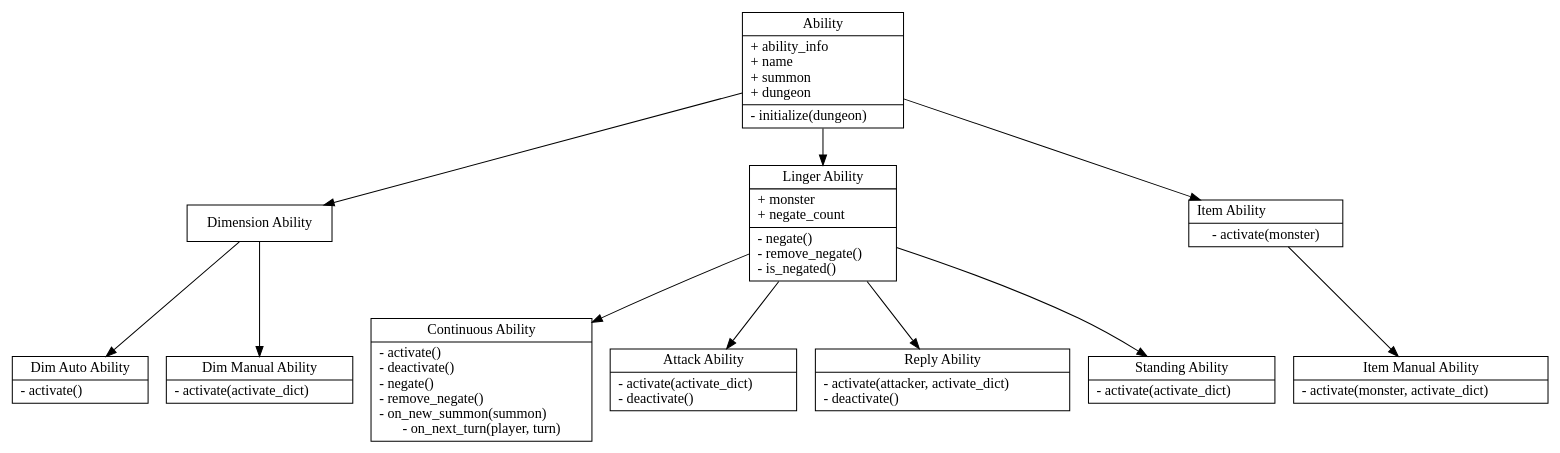
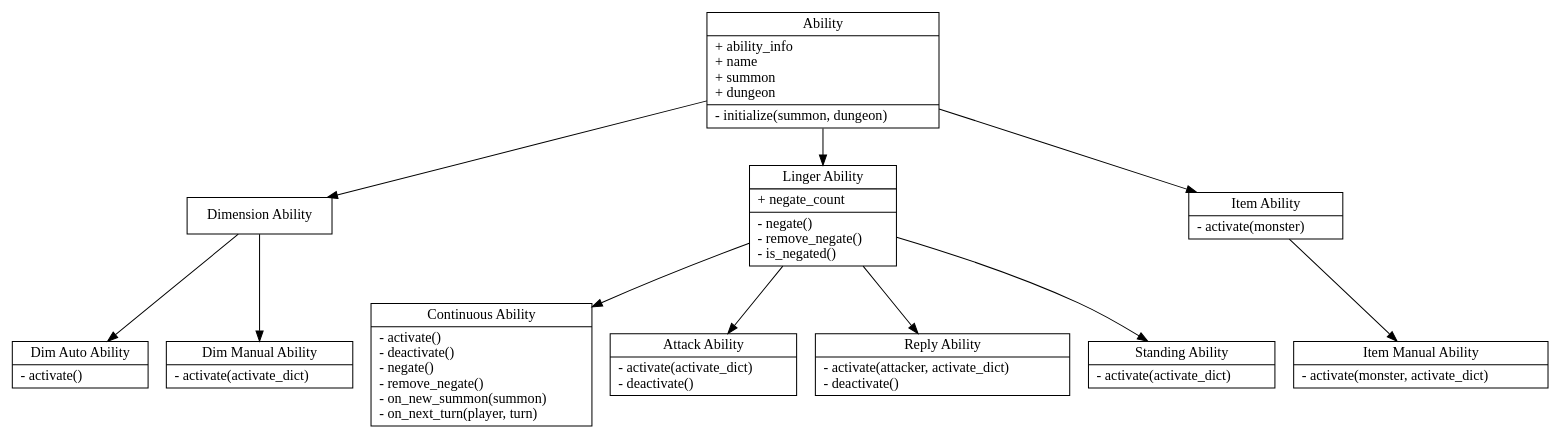
Before and after one commit to francocurotto/DDMre: the diagram in docs/diagrams/abilities.dot, drawn with Graphviz. The commit also changed 4 other files, not shown here.

```diff
--- a/docs/diagrams/abilities.dot
+++ b/docs/diagrams/abilities.dot
@@ -1,26 +1,26 @@
 digraph abilities {
     // nodes
     node[shape=record]
-    Ability[label="{Ability|+ ability_info\l+ name\l+ summon\l+ dungeon\l|- initialize(dungeon)\l}"]
+    Ability[label="{Ability|+ ability_info\l+ name\l+ summon\l+ dungeon\l|- initialize(summon, dungeon)\l}"]
     DimensionAbility[label="{Dimension Ability}"]
     DimAutoAbility[label="{Dim Auto Ability|- activate()\l}"]
     DimManualAbility[label="{Dim Manual Ability|- activate(activate_dict)\l}"]
-    LingerAbility[label="{Linger Ability|+ monster\l+ negate_count\l|- negate()\l- remove_negate()\l- is_negated()\l}"]
-    ContinuousAbility[label="{Continuous Ability|- activate()\l- deactivate()\l- negate()\l- remove_negate()\l- on_new_summon(summon)\l- on_next_turn(player, turn)}"]
+    LingerAbility[label="{Linger Ability|+ negate_count\l|- negate()\l- remove_negate()\l- is_negated()\l}"]
+    ContinuousAbility[label="{Continuous Ability|- activate()\l- deactivate()\l- negate()\l- remove_negate()\l- on_new_summon(summon)\l- on_next_turn(player, turn)\l}"]
     AttackAbility[label="{Attack Ability|- activate(activate_dict)\l- deactivate()\l}"]
     ReplyAbility[label="{Reply Ability|- activate(attacker, activate_dict)\l- deactivate()\l}"]
     StandingAbility[label="{Standing Ability|- activate(activate_dict)\l}"]
-    ItemAbility[label="{Item Ability\l|- activate(monster)}"]
+    ItemAbility[label="{Item Ability|- activate(monster)\l}"]
     ItemManualAbility[label="{Item Manual Ability|- activate(monster, activate_dict)\l}"]
     // edges
     Ability -> DimensionAbility
     Ability -> LingerAbility
     Ability -> ItemAbility
     DimensionAbility -> DimAutoAbility
     DimensionAbility -> DimManualAbility
     LingerAbility -> ContinuousAbility
     LingerAbility -> AttackAbility
     LingerAbility -> ReplyAbility
     LingerAbility -> StandingAbility
     ItemAbility -> ItemManualAbility
 }
```
